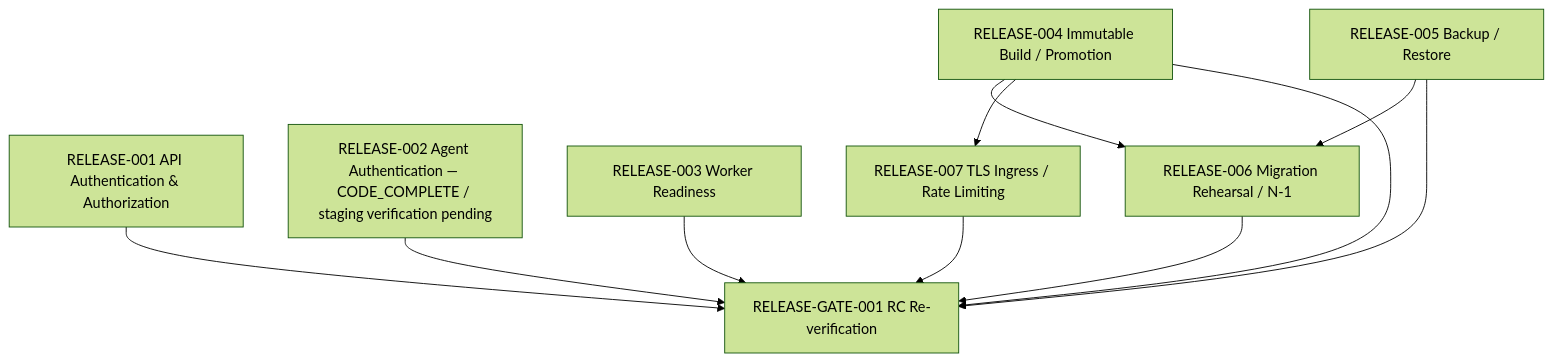
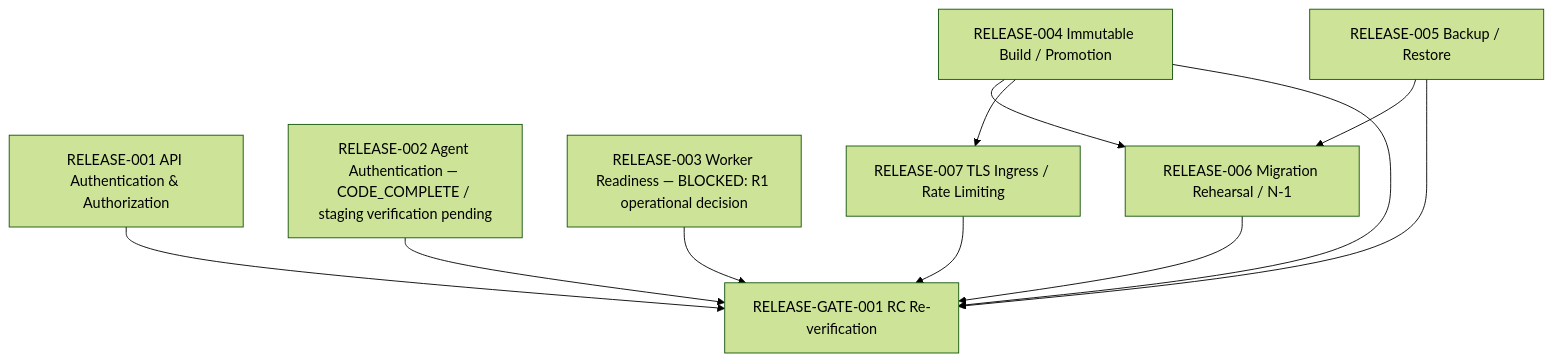
The diagram in docs/release/RELEASE_DEPENDENCY_GRAPH.md (duclee9x/itcenter), drawn with Mermaid (forest theme) before and after one commit. The commit also changed other lines of this file and 9 other files, not shown here.

Commit message:
Define RELEASE-003 readiness contract gap

````diff
--- a/docs/release/RELEASE_DEPENDENCY_GRAPH.md
+++ b/docs/release/RELEASE_DEPENDENCY_GRAPH.md
@@ -6,23 +6,23 @@
 ```mermaid
 flowchart TD
   R001[RELEASE-001 API Authentication & Authorization]
   R002[RELEASE-002 Agent Authentication — CODE_COMPLETE / staging verification pending]
-  R003[RELEASE-003 Worker Readiness]
+  R003[RELEASE-003 Worker Readiness — BLOCKED: R1 operational decision]
   R004[RELEASE-004 Immutable Build / Promotion]
   R005[RELEASE-005 Backup / Restore]
   R006[RELEASE-006 Migration Rehearsal / N-1]
   R007[RELEASE-007 TLS Ingress / Rate Limiting]
   G001[RELEASE-GATE-001 RC Re-verification]
 
   R004 --> R006
   R005 --> R006
   R004 --> R007
 
   R001 --> G001
   R002 --> G001
   R003 --> G001
   R004 --> G001
   R005 --> G001
   R006 --> G001
   R007 --> G001
 ```
````
